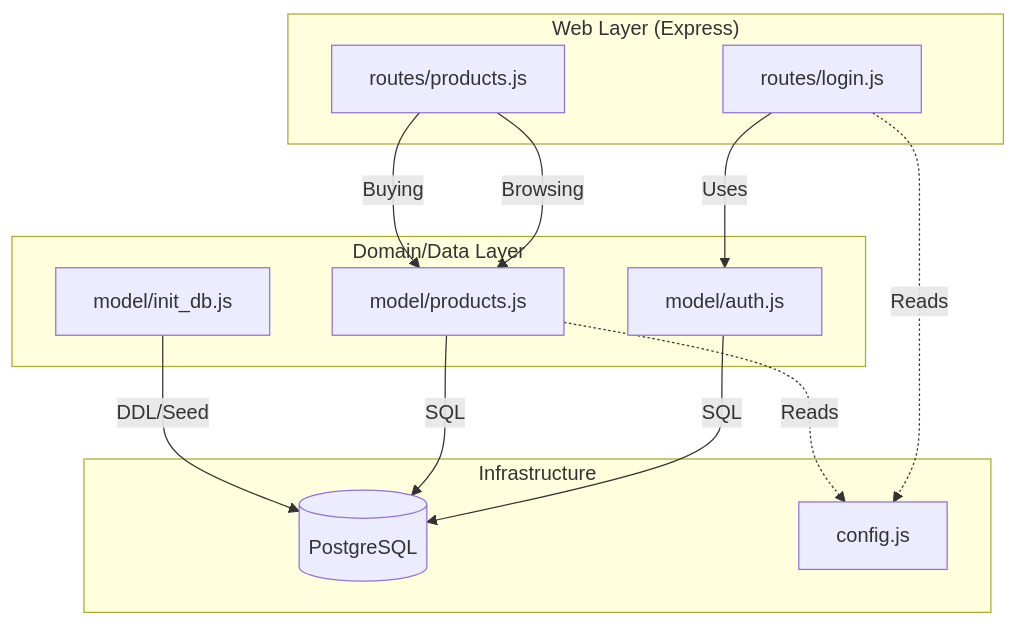
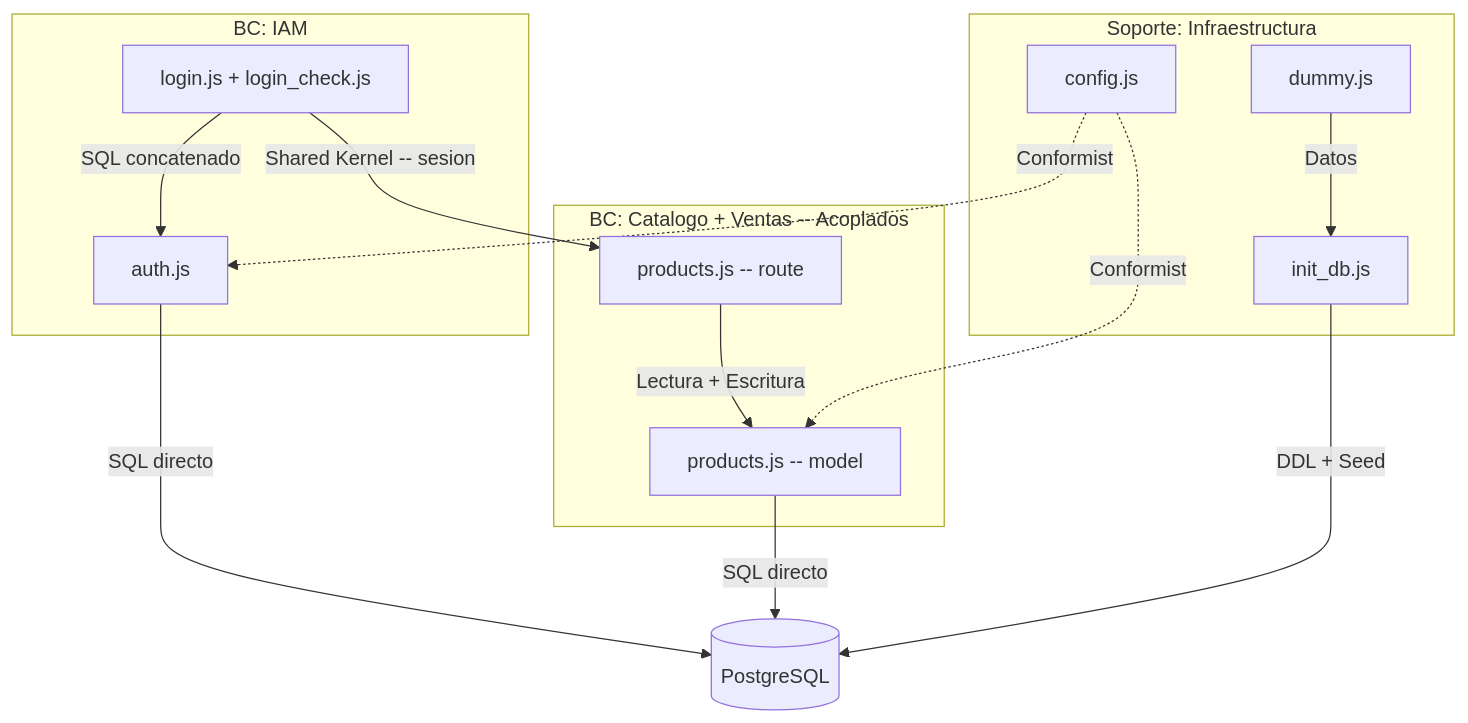
Before and after one commit to MasterJD/Vulnerable-API-17001969_17001625: the first of 2 diagrams in Delivery_1_Discovery_&_Reverse_Engineering/CONTEXT_MAP.md, drawn with Mermaid. The commit also changed other lines of this file and 3 other files, not shown here.

````diff
--- a/Delivery_1_Discovery_&_Reverse_Engineering/CONTEXT_MAP.md
+++ b/Delivery_1_Discovery_&_Reverse_Engineering/CONTEXT_MAP.md
@@ -35,31 +87,30 @@
-<pre class="mermaid">
+```mermaid
 graph TD
-    subgraph "Web Layer (Express)"
-        AuthRoute[routes/login.js]
-        ProductRoute[routes/products.js]
+    subgraph "BC: IAM"
+        AUTH[auth.js]
+        LOGIN[login.js + login_check.js]
     end
 
-    subgraph "Domain/Data Layer"
-        AuthModel[model/auth.js]
-        ProductModel[model/products.js]
-        InitDB[model/init_db.js]
+    subgraph "BC: Catalogo + Ventas -- Acoplados"
+        PROD_MODEL[products.js -- model]
+        PROD_ROUTE[products.js -- route]
     end
 
-    subgraph "Infrastructure"
-        Postgres[(PostgreSQL)]
-        Config[config.js]
+    subgraph "Soporte: Infraestructura"
+        INITDB[init_db.js]
+        CONFIG[config.js]
+        DUMMY[dummy.js]
     end
 
-    %% Relationships
-    AuthRoute -->|Uses| AuthModel
-    ProductRoute -->|Browsing| ProductModel
-    ProductRoute -->|Buying| ProductModel
-    
-    AuthModel -->|SQL| Postgres
-    ProductModel -->|SQL| Postgres
-    InitDB -->|DDL/Seed| Postgres
+    DB[(PostgreSQL)]
 
-    %% Cross-Cutting
-    AuthRoute -.->|Reads| Config
-    ProductModel -.->|Reads| Config
-</pre>
+    LOGIN -->|Shared Kernel -- sesion| PROD_ROUTE
+    LOGIN -->|SQL concatenado| AUTH
+    AUTH -->|SQL directo| DB
+    PROD_ROUTE -->|Lectura + Escritura| PROD_MODEL
+    PROD_MODEL -->|SQL directo| DB
+    INITDB -->|DDL + Seed| DB
+    DUMMY -->|Datos| INITDB
+    CONFIG -.->|Conformist| AUTH
+    CONFIG -.->|Conformist| PROD_MODEL
+```
````
